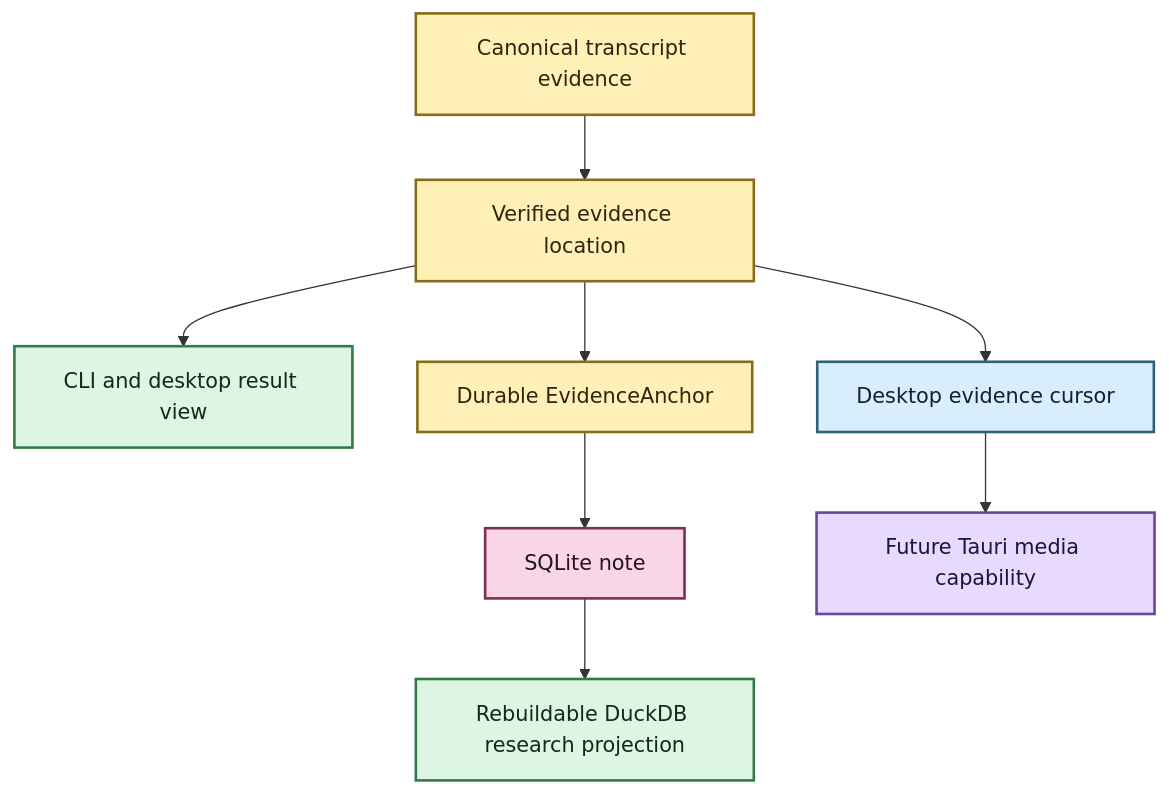
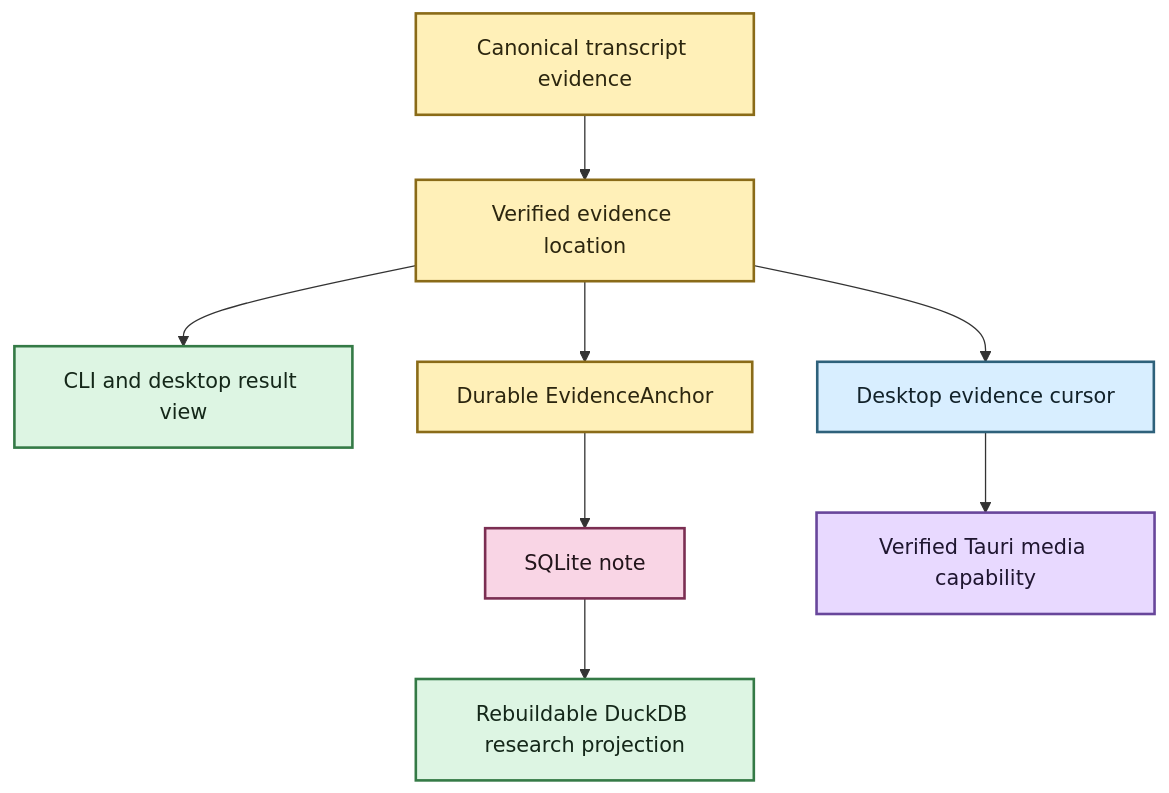
One commit to SSD1805/EchoFlow changed the second of 2 diagrams in docs/evidence-navigation.md. Above: the diagram before and after it, drawn with Mermaid. The commit also changed other lines of this file, not shown here.

````diff
--- a/docs/evidence-navigation.md
+++ b/docs/evidence-navigation.md
@@ -140,22 +146,22 @@
 ```mermaid
 flowchart TD
     A[Canonical transcript evidence] --> B[Verified evidence location]
     B --> C[CLI and desktop result view]
     B --> D[Durable EvidenceAnchor]
     D --> E[SQLite note]
     E --> F[Rebuildable DuckDB research projection]
     B --> G[Desktop evidence cursor]
-    G --> H[Future Tauri media capability]
+    G --> H[Verified Tauri media capability]
 
     classDef evidence fill:#FFF0B8,stroke:#8A6B18,stroke-width:2px,color:#2C260F
     classDef source fill:#F9D5E5,stroke:#7B2E52,stroke-width:2px,color:#22151B
     classDef view fill:#DDF5E3,stroke:#347A46,stroke-width:2px,color:#142719
     classDef inspect fill:#D8EEFF,stroke:#2E617B,stroke-width:2px,color:#12222A
     classDef process fill:#E8D9FF,stroke:#68469B,stroke-width:2px,color:#1F1630
 
     class A,B,D evidence
     class E source
     class C,F view
     class G inspect
     class H process
 ```
````
